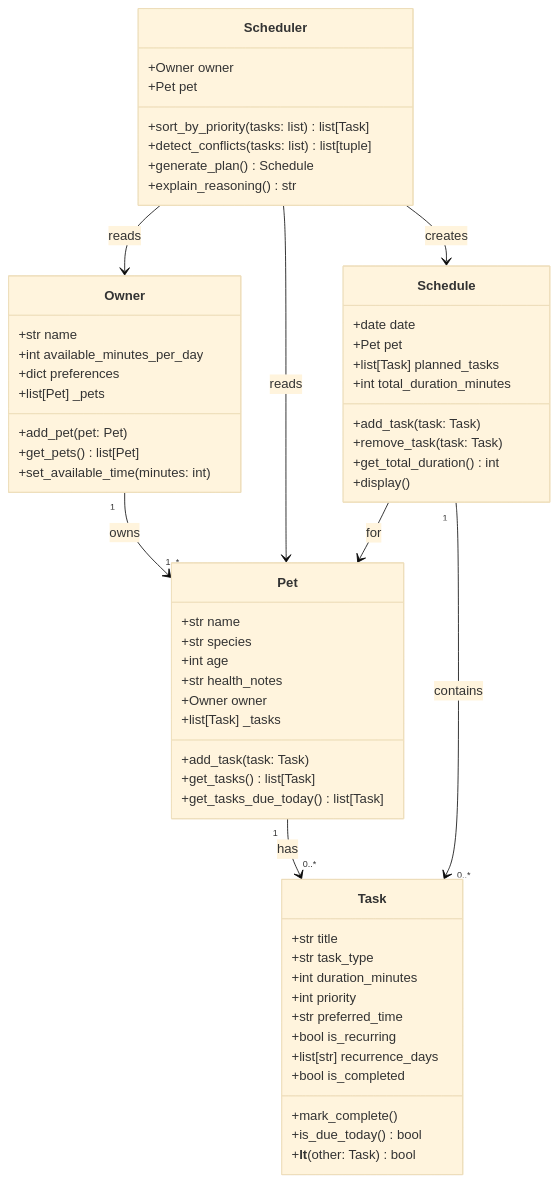
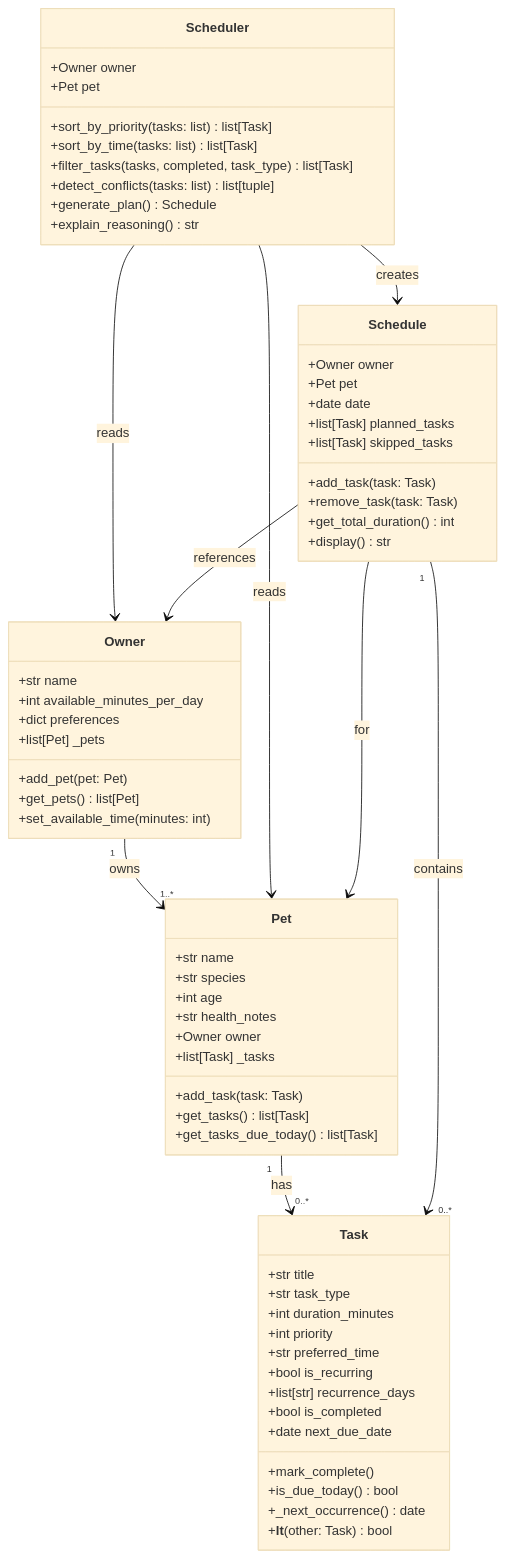
The diagram in reflection.md (Pranillama/PawPal), drawn with Mermaid (base theme) before and after one commit. The commit also changed other lines of this file and 2 other files, not shown here.

First line of the commit message:
feat: UI polish, final UML, and completed reflection

````diff
--- a/reflection.md
+++ b/reflection.md
@@ -57,66 +55,72 @@
 ```mermaid
 classDiagram
     class Owner {
         +str name
         +int available_minutes_per_day
         +dict preferences
         +list[Pet] _pets
         +add_pet(pet: Pet)
         +get_pets() list[Pet]
         +set_available_time(minutes: int)
     }
 
     class Pet {
         +str name
         +str species
         +int age
         +str health_notes
         +Owner owner
         +list[Task] _tasks
         +add_task(task: Task)
         +get_tasks() list[Task]
         +get_tasks_due_today() list[Task]
     }
 
     class Task {
         +str title
         +str task_type
         +int duration_minutes
         +int priority
         +str preferred_time
         +bool is_recurring
         +list[str] recurrence_days
         +bool is_completed
+        +date next_due_date
         +mark_complete()
         +is_due_today() bool
+        +_next_occurrence() date
         +__lt__(other: Task) bool
     }
 
     class Schedule {
+        +Owner owner
+        +Pet pet
         +date date
-        +Pet pet
         +list[Task] planned_tasks
-        +int total_duration_minutes
+        +list[Task] skipped_tasks
         +add_task(task: Task)
         +remove_task(task: Task)
         +get_total_duration() int
-        +display()
+        +display() str
     }
 
     class Scheduler {
         +Owner owner
         +Pet pet
         +sort_by_priority(tasks: list) list[Task]
+        +sort_by_time(tasks: list) list[Task]
+        +filter_tasks(tasks, completed, task_type) list[Task]
         +detect_conflicts(tasks: list) list[tuple]
         +generate_plan() Schedule
         +explain_reasoning() str
     }
 
     Owner "1" --> "1..*" Pet : owns
     Pet "1" --> "0..*" Task : has
     Scheduler --> Owner : reads
     Scheduler --> Pet : reads
     Scheduler --> Schedule : creates
+    Schedule --> Owner : references
     Schedule --> Pet : for
     Schedule "1" --> "0..*" Task : contains
 ```
````
